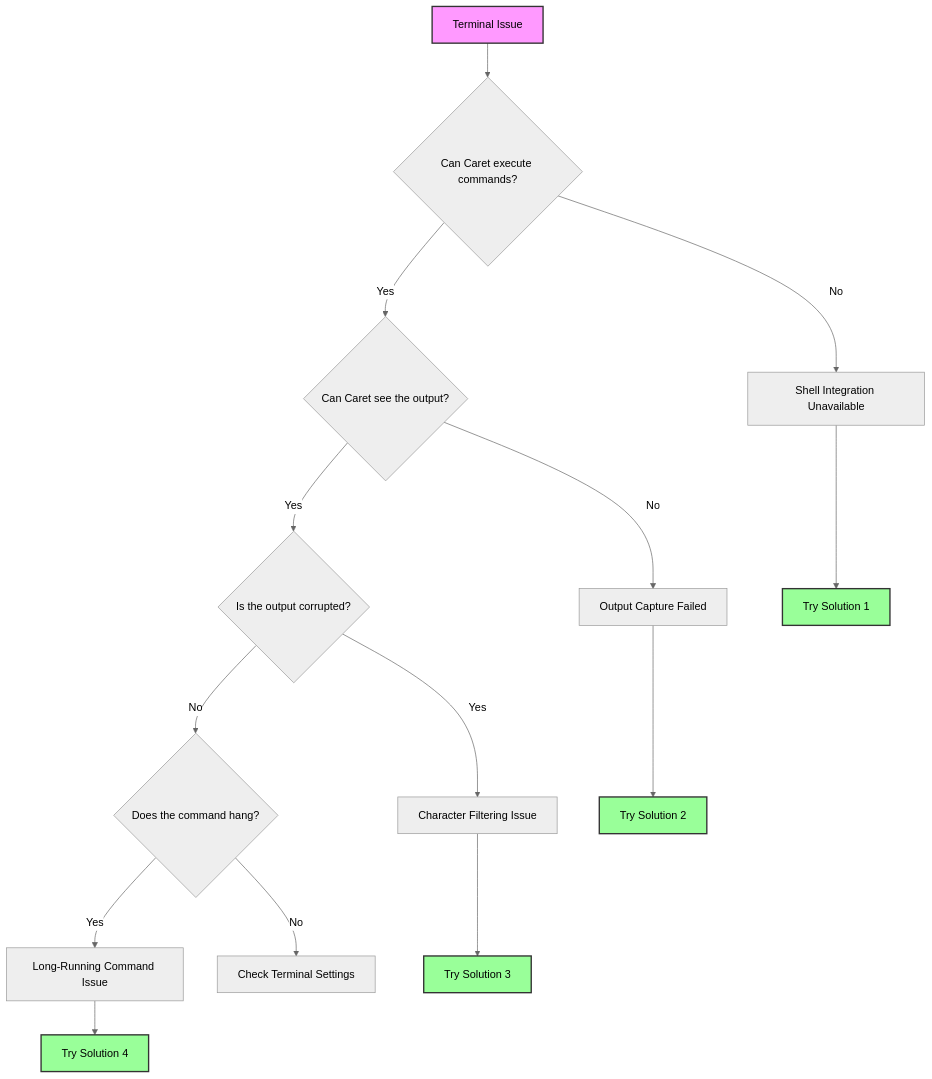
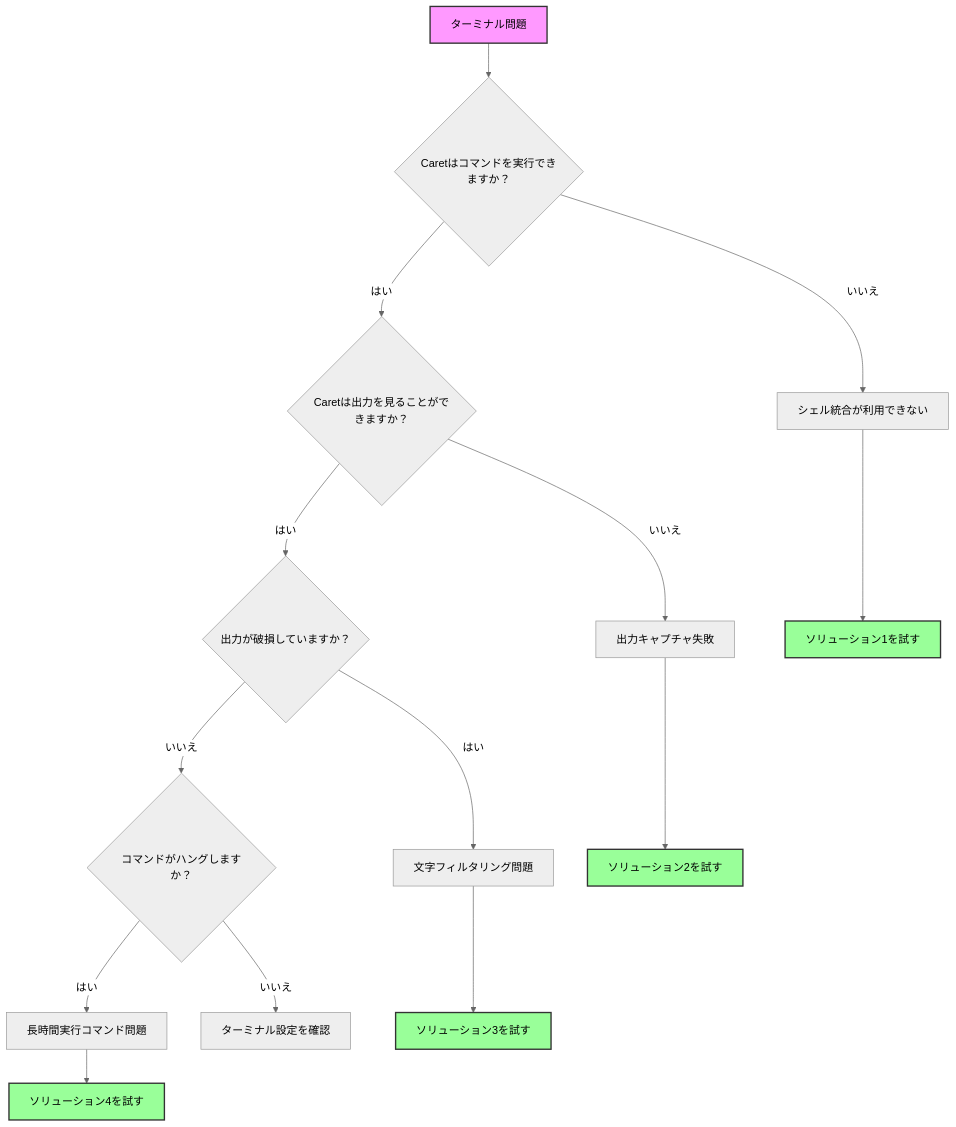
One commit to aicoding-caret/docs.caret.team changed the diagram in docs-ja/troubleshooting/terminal-integration-guide.mdx. Above: the diagram before and after it, drawn with Mermaid (neutral theme). The commit also changed other lines of this file and 43 other files, not shown here.

````diff
--- a/docs-ja/troubleshooting/terminal-integration-guide.mdx
+++ b/docs-ja/troubleshooting/terminal-integration-guide.mdx
@@ -20,23 +20,23 @@
 ```mermaid
 graph TD
-    A[Terminal Issue] --> B{Can Caret execute commands?}
-    B -->|No| C[Shell Integration Unavailable]
-    B -->|Yes| D{Can Caret see the output?}
-    D -->|No| E[Output Capture Failed]
-    D -->|Yes| F{Is the output corrupted?}
-    F -->|Yes| G[Character Filtering Issue]
-    F -->|No| H{Does the command hang?}
-    H -->|Yes| I[Long-Running Command Issue]
-    H -->|No| J[Check Terminal Settings]
+    A[ターミナル問題] --> B{Caretはコマンドを実行できますか？}
+    B -->|いいえ| C[シェル統合が利用できない]
+    B -->|はい| D{Caretは出力を見ることができますか？}
+    D -->|いいえ| E[出力キャプチャ失敗]
+    D -->|はい| F{出力が破損していますか？}
+    F -->|はい| G[文字フィルタリング問題]
+    F -->|いいえ| H{コマンドがハングしますか？}
+    H -->|はい| I[長時間実行コマンド問題]
+    H -->|いいえ| J[ターミナル設定を確認]
 
-    C --> K[Try Solution 1]
-    E --> L[Try Solution 2]
-    G --> M[Try Solution 3]
-    I --> N[Try Solution 4]
+    C --> K[ソリューション1を試す]
+    E --> L[ソリューション2を試す]
+    G --> M[ソリューション3を試す]
+    I --> N[ソリューション4を試す]
 
     style A fill:#f9f,stroke:#333,stroke-width:2px
     style K fill:#9f9,stroke:#333,stroke-width:2px
     style L fill:#9f9,stroke:#333,stroke-width:2px
     style M fill:#9f9,stroke:#333,stroke-width:2px
     style N fill:#9f9,stroke:#333,stroke-width:2px
 ```
````
